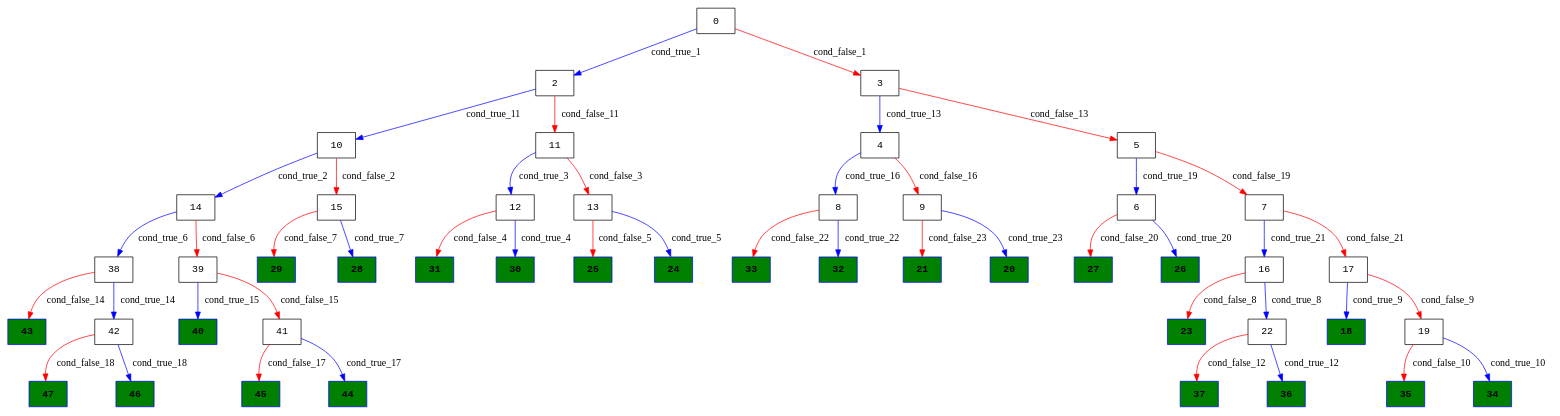
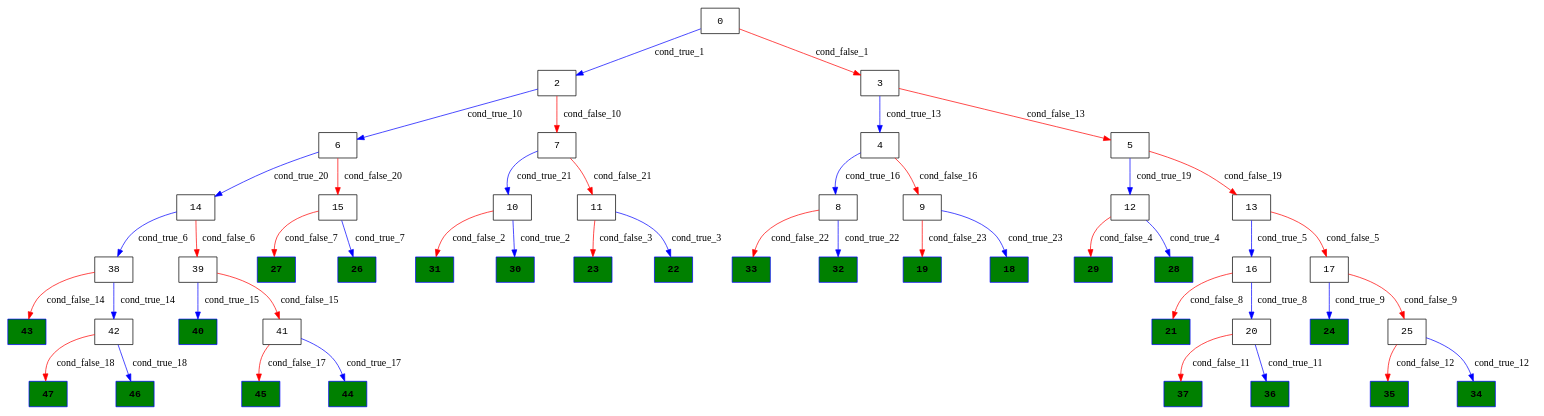
One commit to Research-Tools-PAVT/PSE-Program-Examples changed the diagram in klee_results/quicksort_all_N4_processed/quicksort_all_N4_execution_tree.dot. Above: the diagram before and after it, drawn with Graphviz. The commit also changed 324 other files, not shown here.

```diff
--- a/klee_results/quicksort_all_N4_processed/quicksort_all_N4_execution_tree.dot
+++ b/klee_results/quicksort_all_N4_processed/quicksort_all_N4_execution_tree.dot
@@ -1,73 +1,73 @@
 digraph ExecutionTree {
 	node [color=black fontname=Courier height=.5 shape=record]
 	47 [color=blue, fillcolor=green, style=filled, fontcolor=black, fontname="Courier-Bold"]
 	46 [color=blue, fillcolor=green, style=filled, fontcolor=black, fontname="Courier-Bold"]
 	45 [color=blue, fillcolor=green, style=filled, fontcolor=black, fontname="Courier-Bold"]
 	44 [color=blue, fillcolor=green, style=filled, fontcolor=black, fontname="Courier-Bold"]
 	43 [color=blue, fillcolor=green, style=filled, fontcolor=black, fontname="Courier-Bold"]
 	40 [color=blue, fillcolor=green, style=filled, fontcolor=black, fontname="Courier-Bold"]
 	37 [color=blue, fillcolor=green, style=filled, fontcolor=black, fontname="Courier-Bold"]
 	36 [color=blue, fillcolor=green, style=filled, fontcolor=black, fontname="Courier-Bold"]
 	35 [color=blue, fillcolor=green, style=filled, fontcolor=black, fontname="Courier-Bold"]
 	34 [color=blue, fillcolor=green, style=filled, fontcolor=black, fontname="Courier-Bold"]
 	33 [color=blue, fillcolor=green, style=filled, fontcolor=black, fontname="Courier-Bold"]
 	32 [color=blue, fillcolor=green, style=filled, fontcolor=black, fontname="Courier-Bold"]
 	31 [color=blue, fillcolor=green, style=filled, fontcolor=black, fontname="Courier-Bold"]
 	30 [color=blue, fillcolor=green, style=filled, fontcolor=black, fontname="Courier-Bold"]
 	29 [color=blue, fillcolor=green, style=filled, fontcolor=black, fontname="Courier-Bold"]
 	28 [color=blue, fillcolor=green, style=filled, fontcolor=black, fontname="Courier-Bold"]
 	27 [color=blue, fillcolor=green, style=filled, fontcolor=black, fontname="Courier-Bold"]
 	26 [color=blue, fillcolor=green, style=filled, fontcolor=black, fontname="Courier-Bold"]
-	25 [color=blue, fillcolor=green, style=filled, fontcolor=black, fontname="Courier-Bold"]
 	24 [color=blue, fillcolor=green, style=filled, fontcolor=black, fontname="Courier-Bold"]
 	23 [color=blue, fillcolor=green, style=filled, fontcolor=black, fontname="Courier-Bold"]
+	22 [color=blue, fillcolor=green, style=filled, fontcolor=black, fontname="Courier-Bold"]
 	21 [color=blue, fillcolor=green, style=filled, fontcolor=black, fontname="Courier-Bold"]
-	20 [color=blue, fillcolor=green, style=filled, fontcolor=black, fontname="Courier-Bold"]
+	19 [color=blue, fillcolor=green, style=filled, fontcolor=black, fontname="Courier-Bold"]
 	18 [color=blue, fillcolor=green, style=filled, fontcolor=black, fontname="Courier-Bold"]
 	0 -> 2 [label=cond_true_1 color=blue]
 	0 -> 3 [label=cond_false_1 color=red]
-	2 -> 10 [label=cond_true_11 color=blue]
-	2 -> 11 [label=cond_false_11 color=red]
+	2 -> 6 [label=cond_true_10 color=blue]
+	2 -> 7 [label=cond_false_10 color=red]
 	3 -> 4 [label=cond_true_13 color=blue]
 	3 -> 5 [label=cond_false_13 color=red]
-	10 -> 14 [label=cond_true_2 color=blue]
-	10 -> 15 [label=cond_false_2 color=red]
+	10 -> 30 [label=cond_true_2 color=blue]
+	10 -> 31 [label=cond_false_2 color=red]
+	11 -> 22 [label=cond_true_3 color=blue]
+	11 -> 23 [label=cond_false_3 color=red]
+	12 -> 28 [label=cond_true_4 color=blue]
+	12 -> 29 [label=cond_false_4 color=red]
+	13 -> 16 [label=cond_true_5 color=blue]
+	13 -> 17 [label=cond_false_5 color=red]
+	16 -> 20 [label=cond_true_8 color=blue]
+	16 -> 21 [label=cond_false_8 color=red]
+	17 -> 24 [label=cond_true_9 color=blue]
+	17 -> 25 [label=cond_false_9 color=red]
 	14 -> 38 [label=cond_true_6 color=blue]
 	14 -> 39 [label=cond_false_6 color=red]
-	15 -> 28 [label=cond_true_7 color=blue]
-	15 -> 29 [label=cond_false_7 color=red]
-	11 -> 12 [label=cond_true_3 color=blue]
-	11 -> 13 [label=cond_false_3 color=red]
-	12 -> 30 [label=cond_true_4 color=blue]
-	12 -> 31 [label=cond_false_4 color=red]
-	13 -> 24 [label=cond_true_5 color=blue]
-	13 -> 25 [label=cond_false_5 color=red]
 	38 -> 42 [label=cond_true_14 color=blue]
 	38 -> 43 [label=cond_false_14 color=red]
 	39 -> 40 [label=cond_true_15 color=blue]
 	39 -> 41 [label=cond_false_15 color=red]
-	16 -> 22 [label=cond_true_8 color=blue]
-	16 -> 23 [label=cond_false_8 color=red]
-	22 -> 36 [label=cond_true_12 color=blue]
-	22 -> 37 [label=cond_false_12 color=red]
-	17 -> 18 [label=cond_true_9 color=blue]
-	17 -> 19 [label=cond_false_9 color=red]
-	19 -> 34 [label=cond_true_10 color=blue]
-	19 -> 35 [label=cond_false_10 color=red]
+	15 -> 26 [label=cond_true_7 color=blue]
+	15 -> 27 [label=cond_false_7 color=red]
+	20 -> 36 [label=cond_true_11 color=blue]
+	20 -> 37 [label=cond_false_11 color=red]
+	25 -> 34 [label=cond_true_12 color=blue]
+	25 -> 35 [label=cond_false_12 color=red]
+	6 -> 14 [label=cond_true_20 color=blue]
+	6 -> 15 [label=cond_false_20 color=red]
+	7 -> 10 [label=cond_true_21 color=blue]
+	7 -> 11 [label=cond_false_21 color=red]
 	4 -> 8 [label=cond_true_16 color=blue]
 	4 -> 9 [label=cond_false_16 color=red]
-	5 -> 6 [label=cond_true_19 color=blue]
-	5 -> 7 [label=cond_false_19 color=red]
+	5 -> 12 [label=cond_true_19 color=blue]
+	5 -> 13 [label=cond_false_19 color=red]
 	42 -> 46 [label=cond_true_18 color=blue]
 	42 -> 47 [label=cond_false_18 color=red]
 	41 -> 44 [label=cond_true_17 color=blue]
 	41 -> 45 [label=cond_false_17 color=red]
 	8 -> 32 [label=cond_true_22 color=blue]
 	8 -> 33 [label=cond_false_22 color=red]
-	9 -> 20 [label=cond_true_23 color=blue]
-	9 -> 21 [label=cond_false_23 color=red]
-	6 -> 26 [label=cond_true_20 color=blue]
-	6 -> 27 [label=cond_false_20 color=red]
-	7 -> 16 [label=cond_true_21 color=blue]
-	7 -> 17 [label=cond_false_21 color=red]
+	9 -> 18 [label=cond_true_23 color=blue]
+	9 -> 19 [label=cond_false_23 color=red]
 }
```
